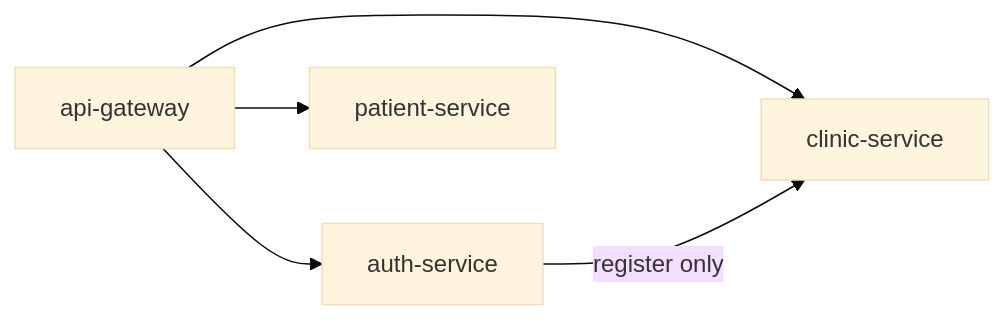
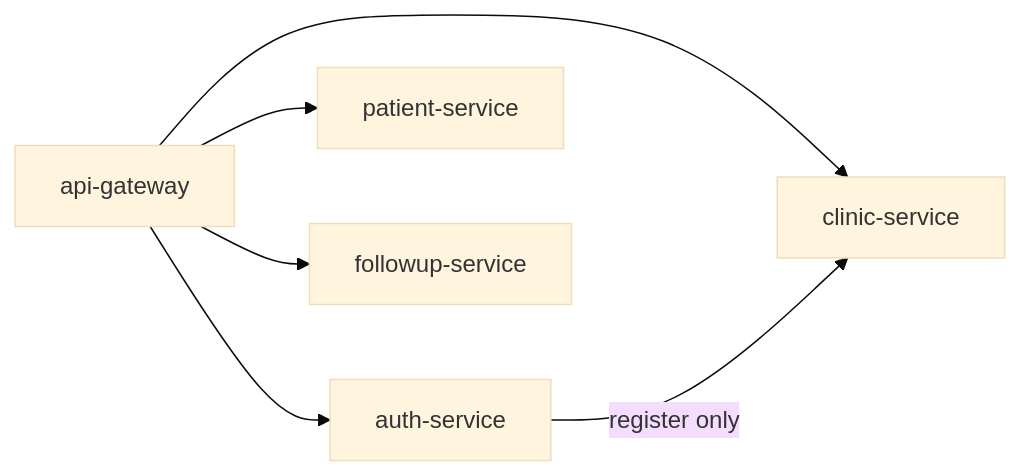
The diagram in docs/architecture/service-ownership.md (careflowhq/careflow-platform), drawn with Mermaid (base theme) before and after one commit. The commit also changed other lines of this file and 30 other files, not shown here.

First line of the commit message:
feat(followup-service): add multi-tenant FollowUp MVP with overdue scheduler

````diff
--- a/docs/architecture/service-ownership.md
+++ b/docs/architecture/service-ownership.md
@@ -45,12 +45,14 @@
 ```mermaid
 flowchart LR
     GW[api-gateway]
     AUTH[auth-service]
     CLINIC[clinic-service]
     PATIENT[patient-service]
+    FOLLOWUP[followup-service]
 
     GW --> AUTH
     GW --> CLINIC
     GW --> PATIENT
+    GW --> FOLLOWUP
     AUTH -->|register only| CLINIC
 ```
````
